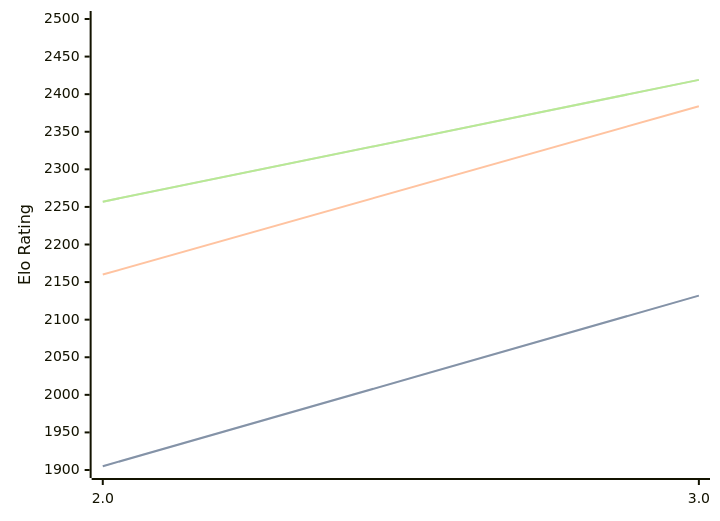
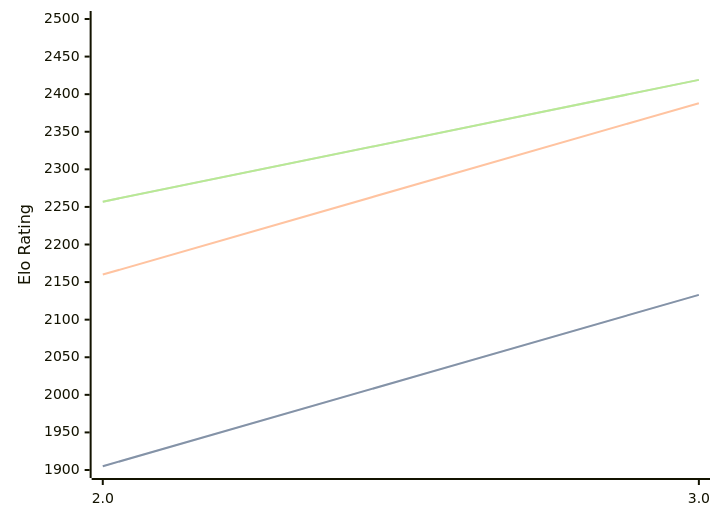
Before and after one commit to computer-chess-index/cci: the diagram in engines/Zeno.md, drawn with Mermaid. The commit also changed other lines of this file, not shown here.

````diff
--- a/engines/Zeno.md
+++ b/engines/Zeno.md
@@ -32,11 +32,11 @@
 ```mermaid
 %%{init: {"theme":"base","themeVariables":{"seriesColors:['#a3a3a3','#222221','#faa371']}}}%%
 xychart-beta
   x-axis ["2.0", "3.0"]
   y-axis "Elo Rating" 1900 --> 2500
-  line "" [1905, 2132]
-  line "STC (8.0+0.08s)" [1905, 2132]
-  line "LTC (60.0+0.60s)" [2160, 2384]
+  line "" [1905, 2133]
+  line "STC (8.0+0.08s)" [1905, 2133]
+  line "LTC (60.0+0.60s)" [2160, 2388]
   line "" [2257, 2419]
   line "VLTC (2m24s+1.12s)" [2257, 2419]
 ```
````
